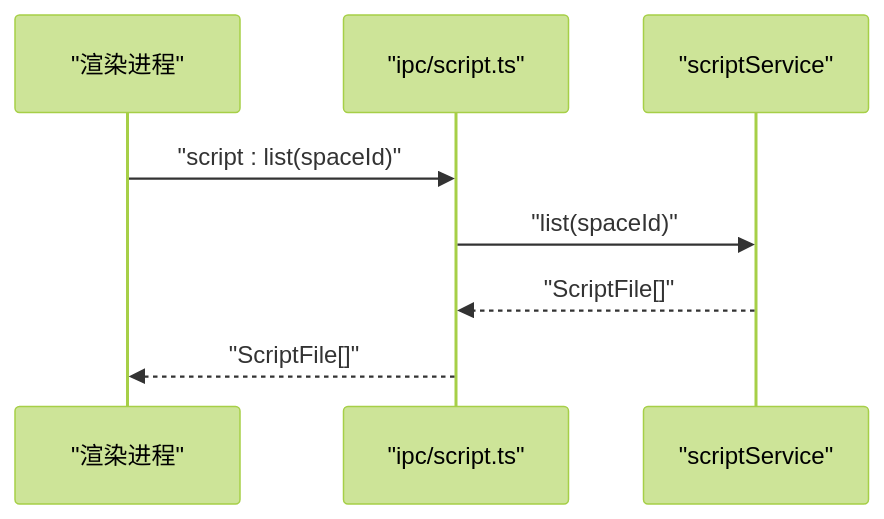
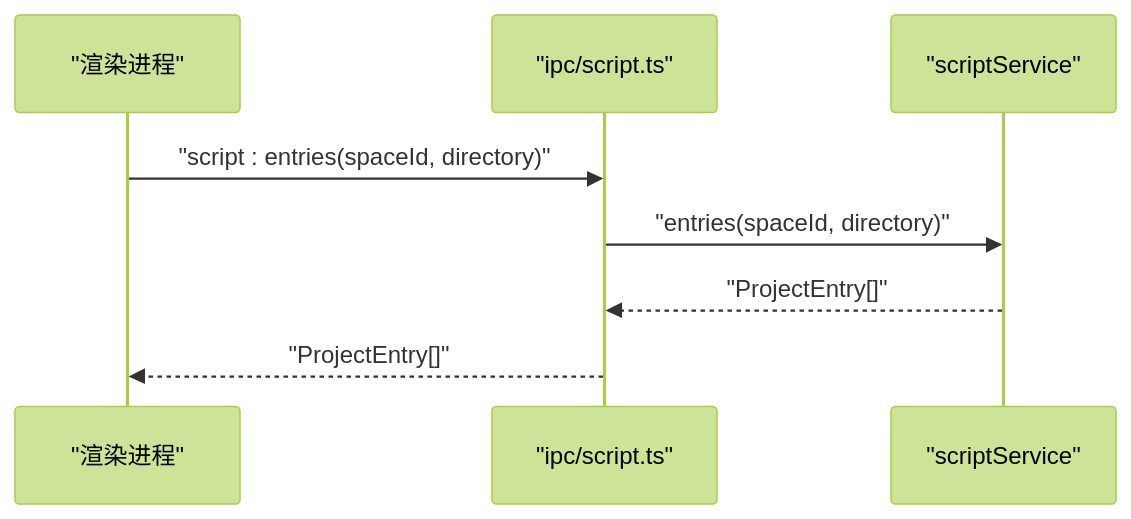
The ninth of 10 diagrams in .qoder/repowiki/zh/content/核心服务层/Script 服务（脚本管理）.md (hozeeee/script-box), drawn with Mermaid (forest theme) before and after one commit. The commit also changed other lines of this file and 76 other files, not shown here.

````diff
--- a/.qoder/repowiki/zh/content/核心服务层/Script 服务（脚本管理）.md
+++ b/.qoder/repowiki/zh/content/核心服务层/Script 服务（脚本管理）.md
@@ -251,10 +325,10 @@
 ```mermaid
 sequenceDiagram
 participant Renderer as "渲染进程"
 participant IPC as "ipc/script.ts"
 participant Service as "scriptService"
-Renderer->>IPC : "script : list(spaceId)"
-IPC->>Service : "list(spaceId)"
-Service-->>IPC : "ScriptFile[]"
-IPC-->>Renderer : "ScriptFile[]"
+Renderer->>IPC : "script : entries(spaceId, directory)"
+IPC->>Service : "entries(spaceId, directory)"
+Service-->>IPC : "ProjectEntry[]"
+IPC-->>Renderer : "ProjectEntry[]"
 ```
````
